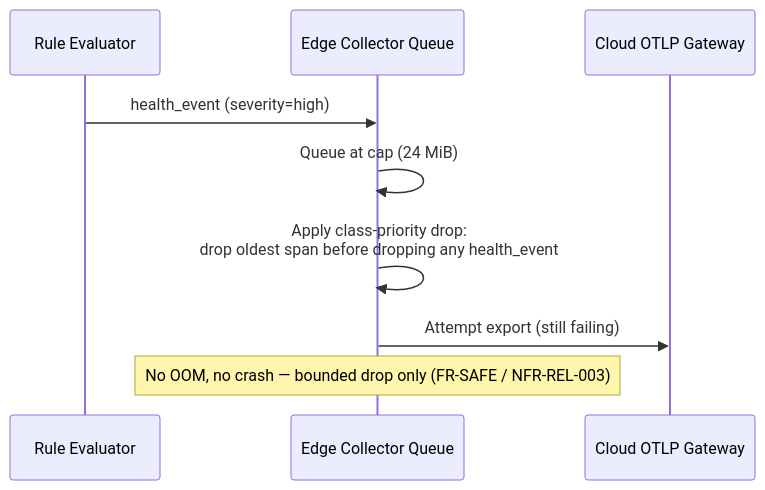
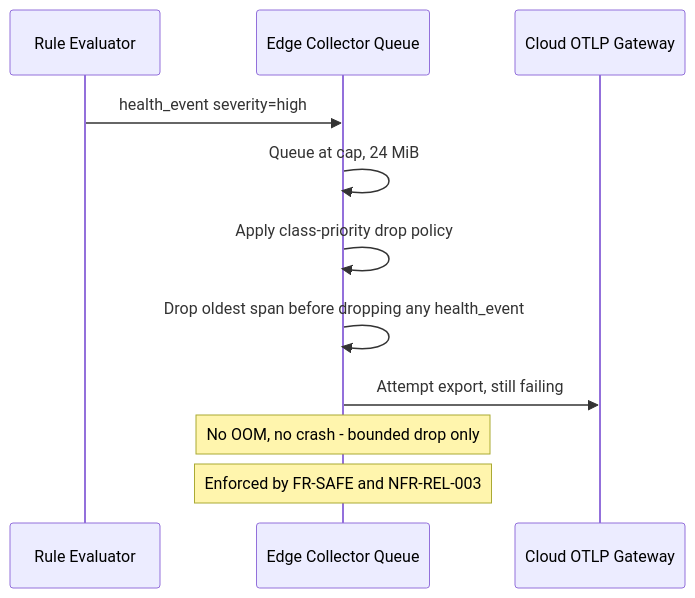
The sixth of 6 diagrams in Low_Level_Design_Agentic_AI_RDK.md (vinupalackal/gateway-agentic-ai), drawn with Mermaid before and after one commit. The commit also changed other lines of this file and 2 other files, not shown here.

Commit message:
Added the Arch, HLD and LLD Docs

````diff
--- a/Low_Level_Design_Agentic_AI_RDK.md
+++ b/Low_Level_Design_Agentic_AI_RDK.md
@@ -404,12 +404,14 @@
 ```mermaid
 sequenceDiagram
     participant M2 as Rule Evaluator
     participant M3 as Edge Collector Queue
     participant CLOUD as Cloud OTLP Gateway
 
-    M2->>M3: health_event (severity=high)
-    M3->>M3: Queue at cap (24 MiB)
-    M3->>M3: Apply class-priority drop:<br/>drop oldest span before dropping any health_event
-    M3->>CLOUD: Attempt export (still failing)
-    Note over M3: No OOM, no crash — bounded drop only (FR-SAFE / NFR-REL-003)
+    M2->>M3: health_event severity=high
+    M3->>M3: Queue at cap, 24 MiB
+    M3->>M3: Apply class-priority drop policy
+    M3->>M3: Drop oldest span before dropping any health_event
+    M3->>CLOUD: Attempt export, still failing
+    Note over M3: No OOM, no crash - bounded drop only
+    Note over M3: Enforced by FR-SAFE and NFR-REL-003
 ```
````
